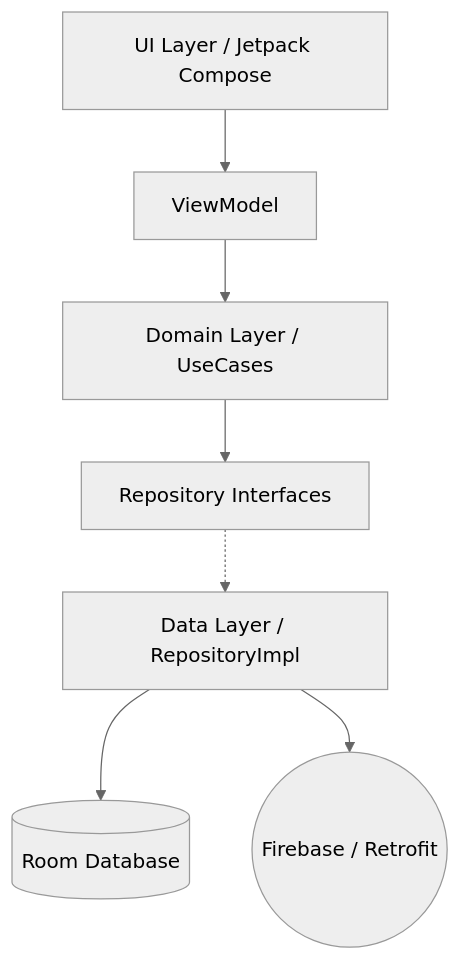
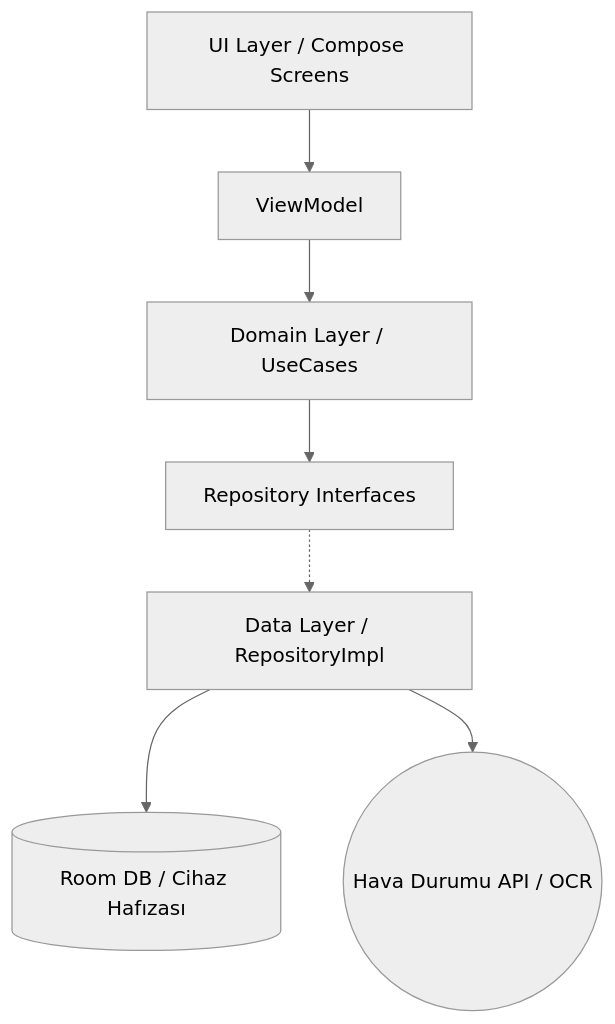
One commit to cyberQbit/CepteKabin changed the diagram in README.md. Above: the diagram before and after it, drawn with Mermaid (neutral theme). The commit also changed other lines of this file, not shown here.

`````diff
--- a/README.md
+++ b/README.md
@@ -71,9 +81,9 @@
 ```mermaid
 graph TD
-  UI[UI Layer / Jetpack Compose] --> VM[ViewModel]
+  UI[UI Layer / Compose Screens] --> VM[ViewModel]
   VM --> UseCase[Domain Layer / UseCases]
   UseCase --> RepoInt[Repository Interfaces]
   RepoInt -.-> RepoImpl[Data Layer / RepositoryImpl]
-  RepoImpl --> Local[(Room Database)]
-  RepoImpl --> Remote((Firebase / Retrofit))
+  RepoImpl --> Local[(Room DB / Cihaz Hafızası)]
+  RepoImpl --> Remote((Hava Durumu API / OCR))
 ````
`````
